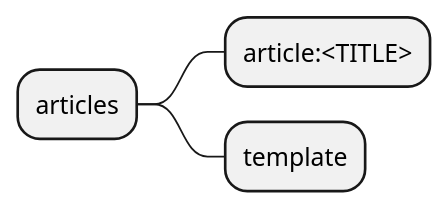
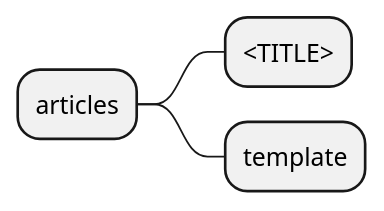
Before and after one commit to StaticBlog4K/BlogCore: the second of 4 diagrams in DEV.md, drawn with PlantUML. The commit also changed other lines of this file, not shown here.

````diff
--- a/DEV.md
+++ b/DEV.md
@@ -40,7 +41,7 @@
 ```plantuml
 @startmindmap
 * articles
-** article:<TITLE>
+** <TITLE>
 ** template
 @endmindmap
 ```
````
